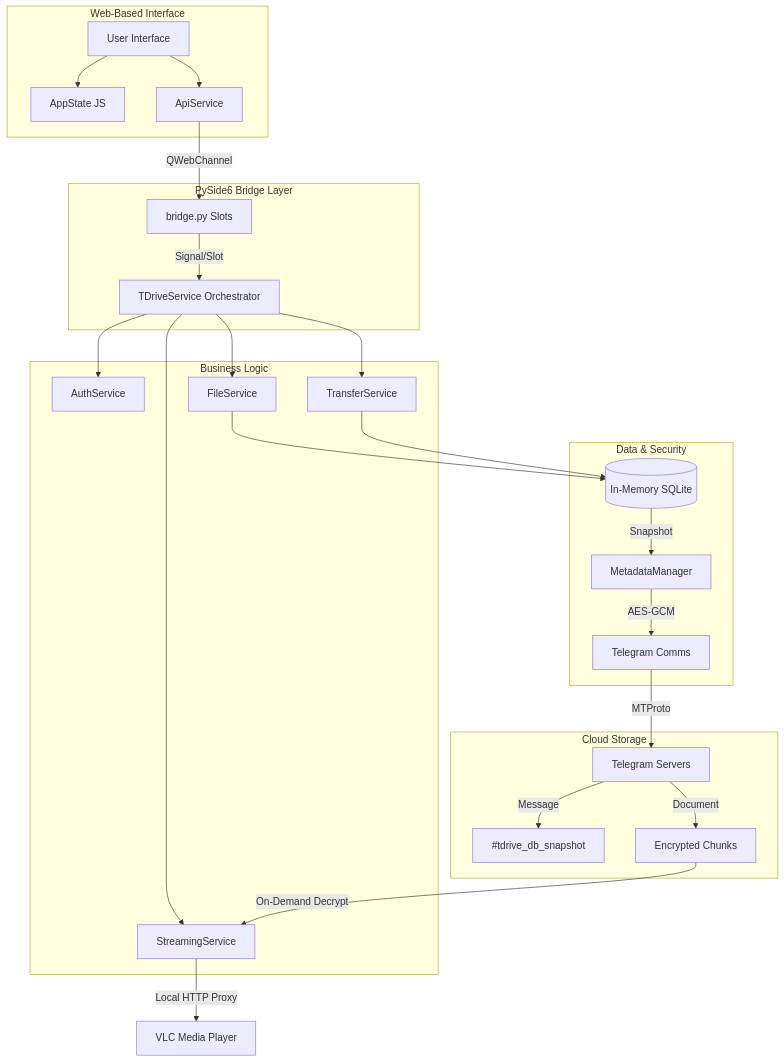
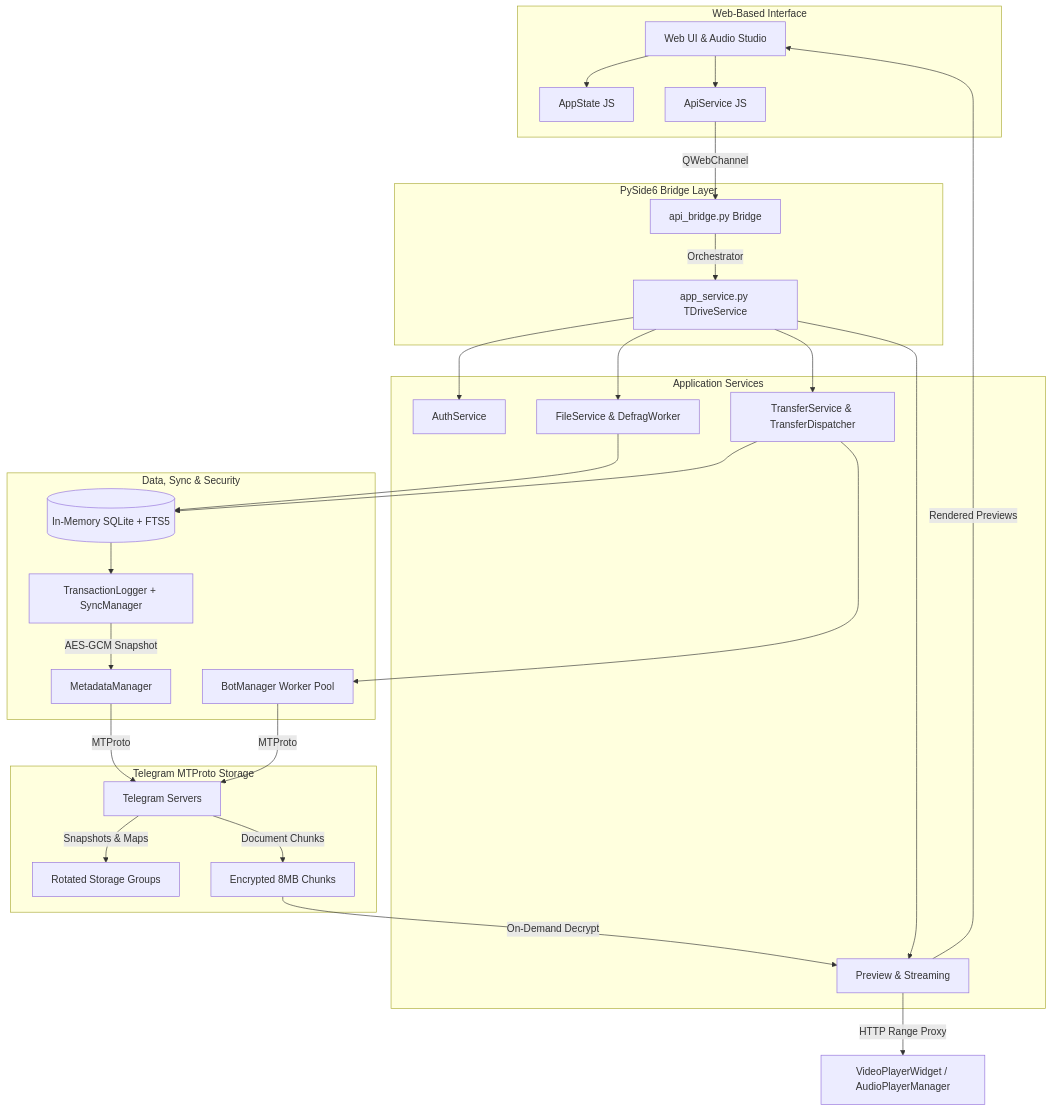
Before and after one commit to Cyw-twntpc/TDrive: the diagram in README.md, drawn with Mermaid. The commit also changed other lines of this file, not shown here.

First line of the commit message:
Refresh README feature and architecture overview

````diff
--- a/README.md
+++ b/README.md
@@ -64,34 +92,36 @@
 ```mermaid
 graph TD
     subgraph Frontend_WebUI [Web-Based Interface]
-        UI[User Interface] --> State[AppState JS]
-        UI --> API_JS[ApiService]
+        UI[Web UI & Audio Studio] --> State[AppState JS]
+        UI --> API_JS[ApiService JS]
     end
 
     subgraph Python_Bridge [PySide6 Bridge Layer]
-        API_JS -- QWebChannel --> Bridge[bridge.py Slots]
-        Bridge -- Signal/Slot --> MS[TDriveService Orchestrator]
+        API_JS -- QWebChannel --> Bridge[api_bridge.py Bridge]
+        Bridge -- Orchestrator --> MS[app_service.py TDriveService]
     end
 
-    subgraph Core_Services [Business Logic]
+    subgraph Core_Services [Application Services]
         MS --> AS[AuthService]
-        MS --> FS[FileService]
-        MS --> TS[TransferService]
-        MS --> SS[StreamingService]
+        MS --> FS[FileService & DefragWorker]
+        MS --> TS[TransferService & TransferDispatcher]
+        MS --> PS[Preview & Streaming]
     end
 
-    subgraph Persistence_Layer [Data & Security]
-        FS & TS --> DB[(In-Memory SQLite)]
-        DB -- Snapshot --> MM[MetadataManager]
-        MM -- AES-GCM --> TG_API[Telegram Comms]
+    subgraph Persistence_Layer [Data, Sync & Security]
+        FS & TS --> DB[(In-Memory SQLite + FTS5)]
+        DB --> WAL[TransactionLogger + SyncManager]
+        WAL -- AES-GCM Snapshot --> MM[MetadataManager]
+        TS --> BM[BotManager Worker Pool]
     end
 
-    subgraph Telegram_Cloud [Cloud Storage]
-        TG_API -- MTProto --> Telegram[Telegram Servers]
-        Telegram -- Message --> DB_Snap[#tdrive_db_snapshot]
-        Telegram -- Document --> File_Chunks[Encrypted Chunks]
+    subgraph Telegram_Cloud [Telegram MTProto Storage]
+        MM & BM -- MTProto --> Telegram[Telegram Servers]
+        Telegram -- Snapshots & Maps --> DB_Snap[Rotated Storage Groups]
+        Telegram -- Document Chunks --> File_Chunks[Encrypted 8MB Chunks]
     end
 
-    SS -- Local HTTP Proxy --> Player[VLC Media Player]
-    File_Chunks -- On-Demand Decrypt --> SS
+    PS -- HTTP Range Proxy --> Player[VideoPlayerWidget / AudioPlayerManager]
+    PS -- Rendered Previews --> UI
+    File_Chunks -- On-Demand Decrypt --> PS
 ```
````
